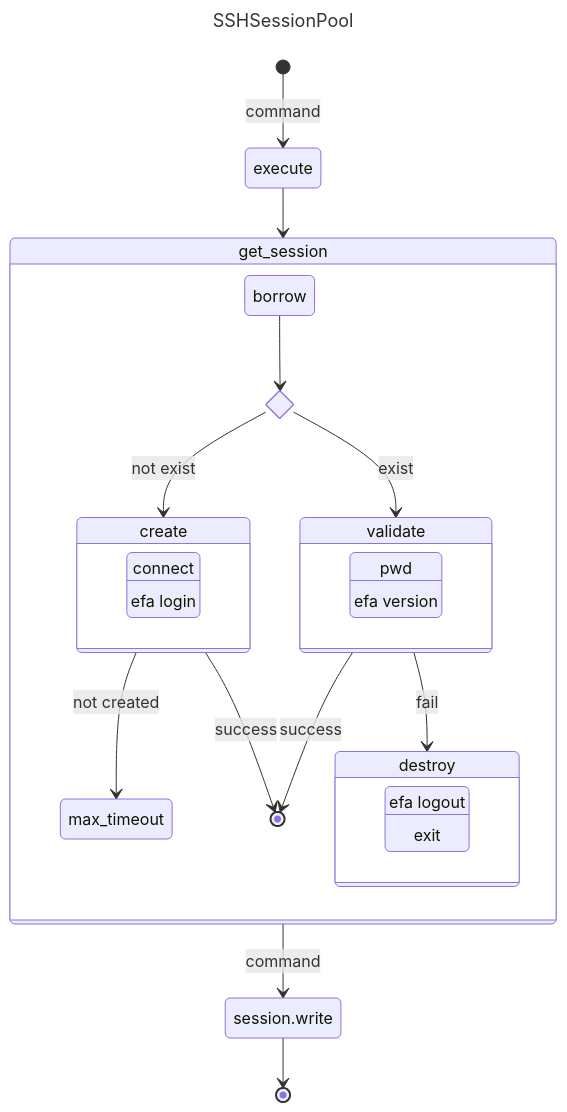
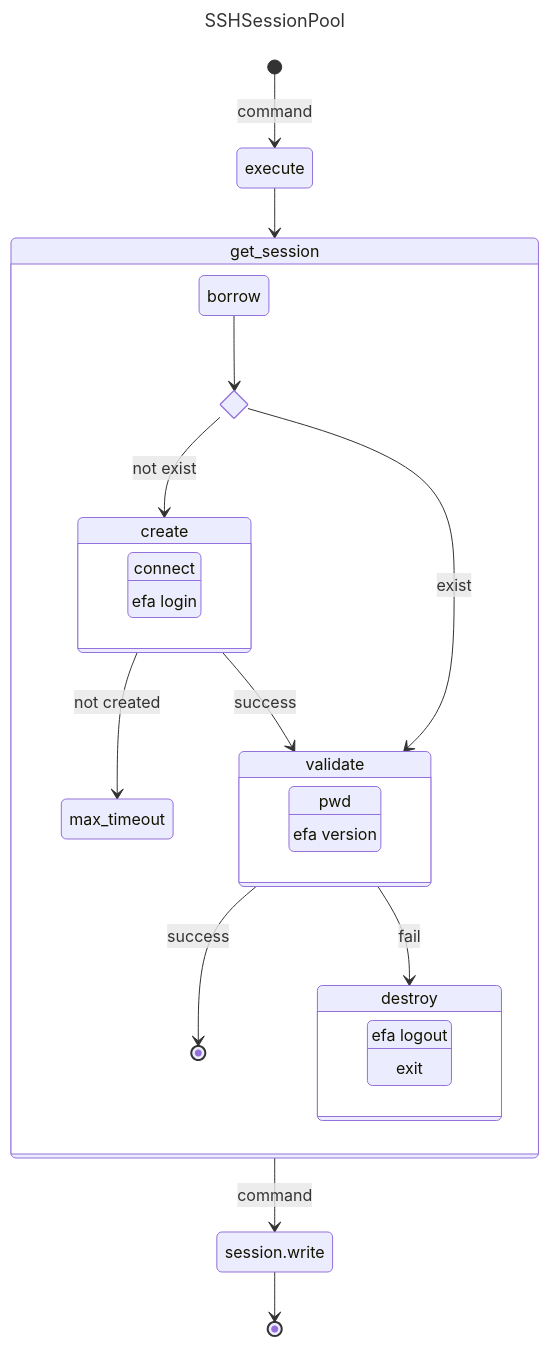
One commit to kyieon/SSHPool changed the diagram in uml.md. Above: the diagram before and after it, drawn with Mermaid.

Commit message:
mermaid (3)

````diff
--- a/uml.md
+++ b/uml.md
@@ -1,48 +1,48 @@
 ```mermaid
 ---
 title: SSHSessionPool
 ---
 stateDiagram-v2
 
     classDef fail fill:#f00,color:white,font-weight:bold,stroke-width:2px,stroke:yellow
     exception:::fail:max_timeout
 
     [*] --> execute: command
     execute --> get_session
 
     state get_session {
         direction TB
 
         state if_state <<choice>>
         borrow --> if_state
         if_state --> validate: exist
         if_state --> create : not exist
         create --> exception: not created 
 
         validate --> [*]:success
         validate --> destroy: fail
         
-        create --> [*]:success
+        create --> validate:success
     }
 
     state create {
         direction LR
         _c: connect
         _c: efa login
     }
     state destroy {
         direction LR
         _d: efa logout
         _d: exit
     }
 
     state validate {
         direction LR
         _v: pwd 
         _v: efa version
     }
 
 
     get_session --> session.write: command
     session.write --> [*]
 ```
````
